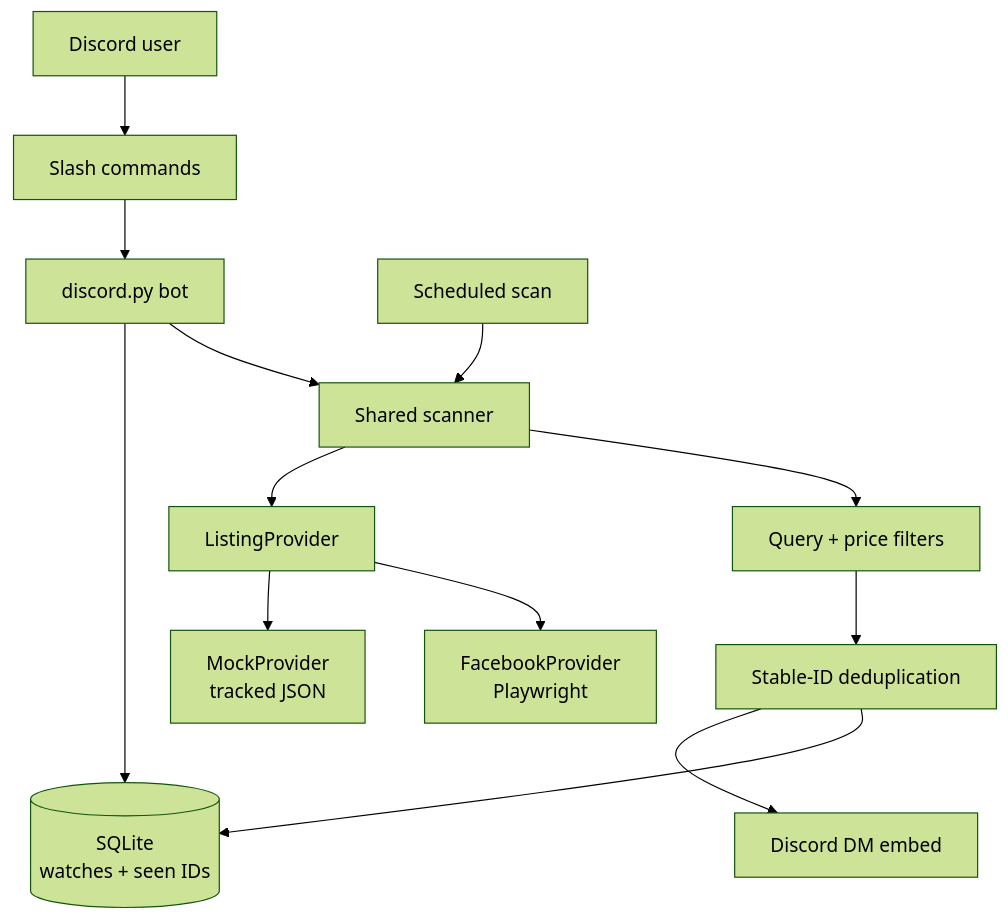
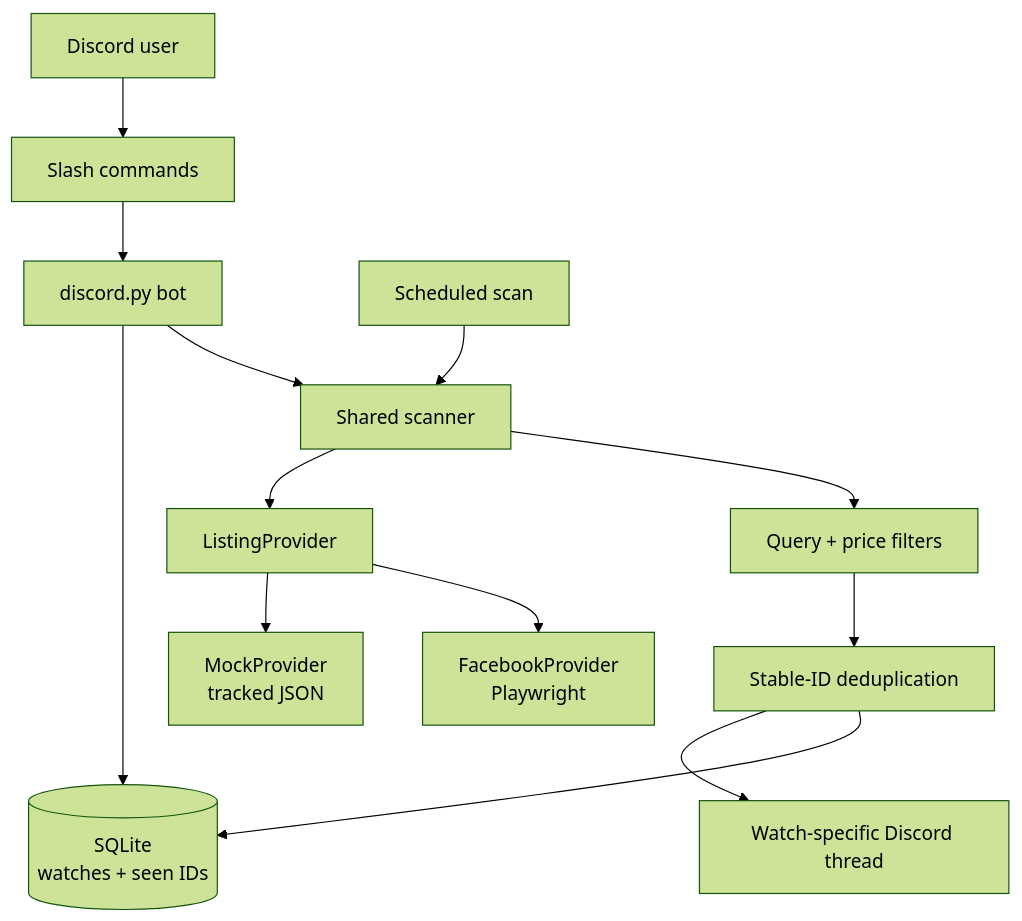
Before and after one commit to soham01-eng/marketplace_discord_bot: the diagram in README.md, drawn with Mermaid (forest theme). The commit also changed other lines of this file and 14 other files, not shown here.

First line of the commit message:
Organize marketplace alerts by watch thread

````diff
--- a/README.md
+++ b/README.md
@@ -44,15 +46,15 @@
 ```mermaid
 flowchart TD
     User["Discord user"] --> Commands["Slash commands"]
     Commands --> Bot["discord.py bot"]
     Bot --> DB[("SQLite\nwatches + seen IDs")]
     Bot --> Scanner["Shared scanner"]
     Scheduler["Scheduled scan"] --> Scanner
     Scanner --> Providers["ListingProvider"]
     Providers --> Mock["MockProvider\ntracked JSON"]
     Providers --> Facebook["FacebookProvider\nPlaywright"]
     Scanner --> Filters["Query + price filters"]
     Filters --> Dedupe["Stable-ID deduplication"]
-    Dedupe --> Notify["Discord DM embed"]
+    Dedupe --> Thread["Watch-specific Discord thread"]
     Dedupe --> DB
 ```
````
